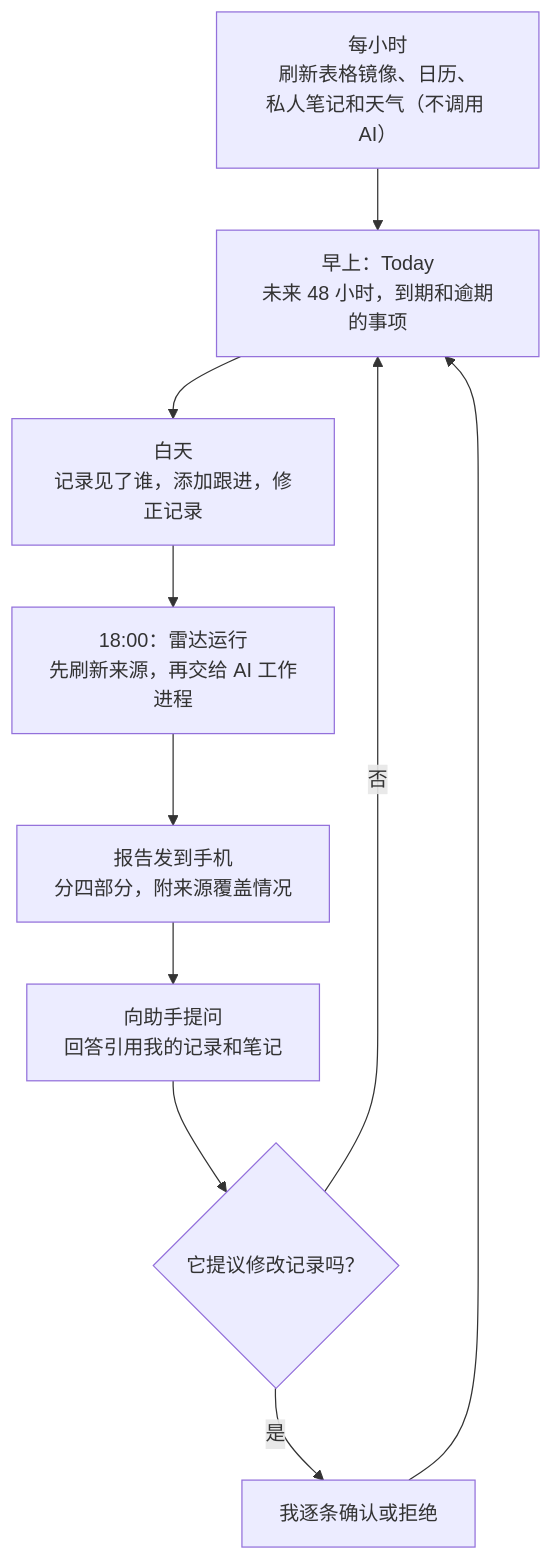
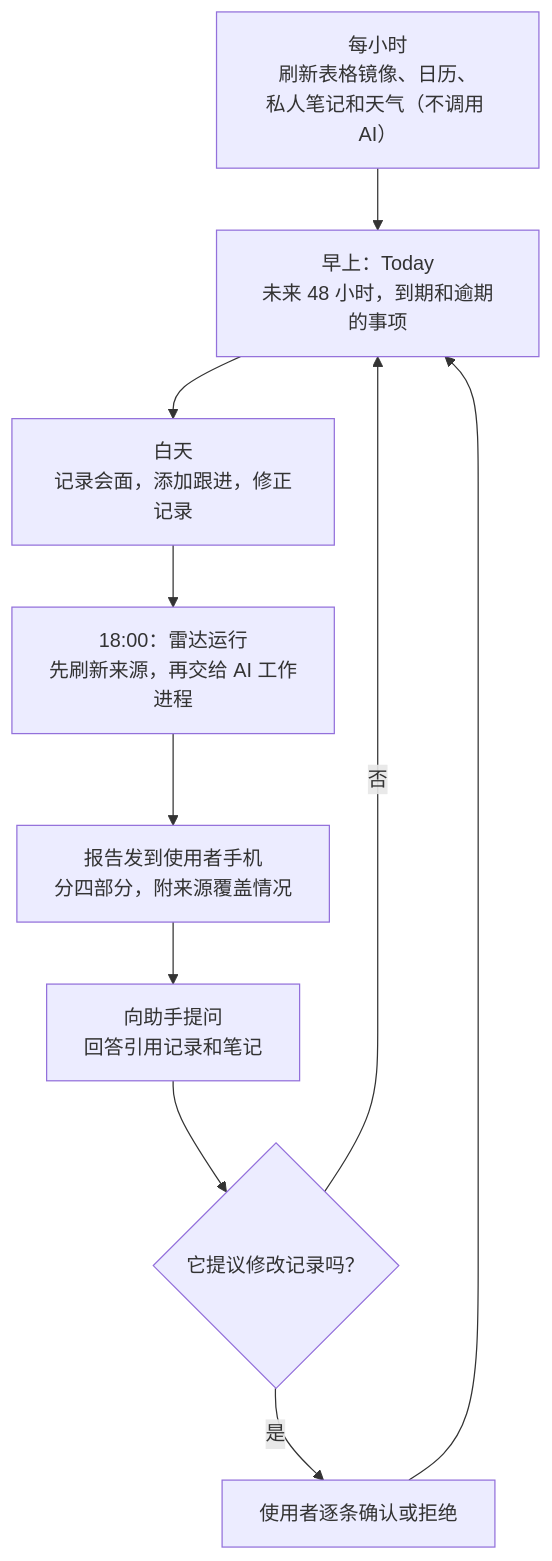
Before and after one commit to Zeeekrom/lifeops-atlas-showcase: the first of 2 diagrams in README.zh-CN.md, drawn with Mermaid. The commit also changed other lines of this file and 5 other files, not shown here.

````diff
--- a/README.zh-CN.md
+++ b/README.zh-CN.md
@@ -65,12 +77,12 @@
 ```mermaid
 flowchart TD
     H["每小时<br/>刷新表格镜像、日历、<br/>私人笔记和天气（不调用 AI）"] --> T["早上：Today<br/>未来 48 小时，到期和逾期的事项"]
-    T --> M["白天<br/>记录见了谁，添加跟进，修正记录"]
+    T --> M["白天<br/>记录会面，添加跟进，修正记录"]
     M --> R["18:00：雷达运行<br/>先刷新来源，再交给 AI 工作进程"]
-    R --> P["报告发到手机<br/>分四部分，附来源覆盖情况"]
-    P --> C["向助手提问<br/>回答引用我的记录和笔记"]
+    R --> P["报告发到使用者手机<br/>分四部分，附来源覆盖情况"]
+    P --> C["向助手提问<br/>回答引用记录和笔记"]
     C --> K{"它提议修改记录吗？"}
-    K -- "是" --> A["我逐条确认或拒绝"]
+    K -- "是" --> A["使用者逐条确认或拒绝"]
     K -- "否" --> T
     A --> T
 ```
````
